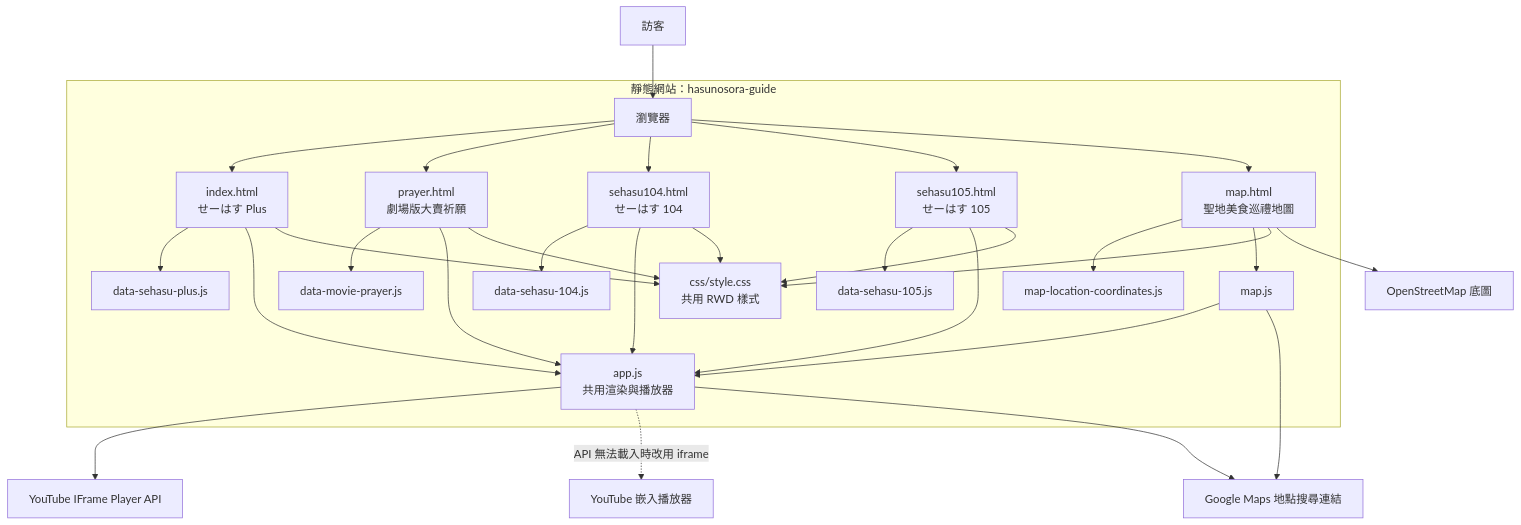
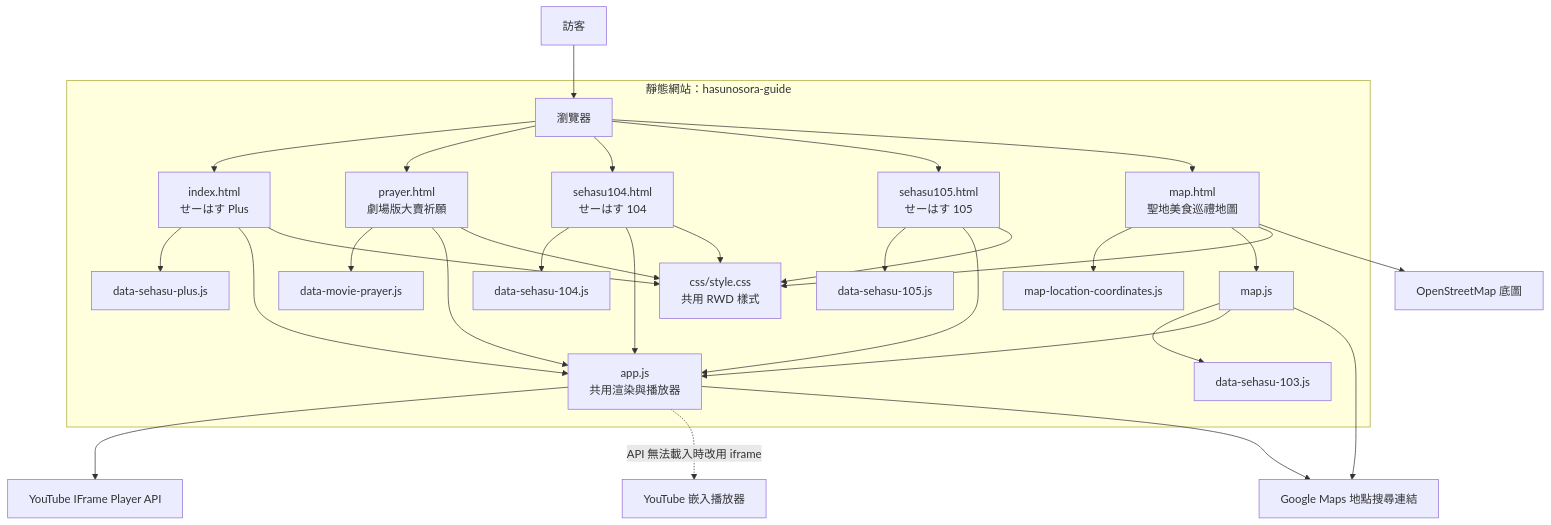
The diagram in hasunosora-guide/README.md (SakakiFu/SakakiFu.github.io), drawn with Mermaid before and after one commit. The commit also changed other lines of this file and 4 other files, not shown here.

Commit message:
地圖功能bug修復

````diff
--- a/hasunosora-guide/README.md
+++ b/hasunosora-guide/README.md
@@ -53,37 +54,38 @@
 ```mermaid
 flowchart TD
     Visitor[訪客] --> Browser[瀏覽器]
 
     subgraph Site[靜態網站：hasunosora-guide]
         Browser --> Plus[index.html<br/>せーはす Plus]
         Browser --> Prayer[prayer.html<br/>劇場版大賣祈願]
         Browser --> Sehasu104[sehasu104.html<br/>せーはす 104]
         Browser --> Sehasu105[sehasu105.html<br/>せーはす 105]
         Browser --> Map[map.html<br/>聖地美食巡禮地圖]
 
         Plus --> PlusData[data-sehasu-plus.js]
         Prayer --> PrayerData[data-movie-prayer.js]
+        MapScript --> Sehasu103Data[data-sehasu-103.js]
         Sehasu104 --> Sehasu104Data[data-sehasu-104.js]
         Sehasu105 --> Sehasu105Data[data-sehasu-105.js]
 
         Plus --> App[app.js<br/>共用渲染與播放器]
         Prayer --> App
         Sehasu104 --> App
         Sehasu105 --> App
         Plus --> Style[css/style.css<br/>共用 RWD 樣式]
         Prayer --> Style
         Sehasu104 --> Style
         Sehasu105 --> Style
 
         Map --> MapData[map-location-coordinates.js]
         Map --> MapScript[map.js]
         MapScript --> App
         Map --> Style
     end
 
     App --> YouTube[YouTube IFrame Player API]
     App -. API 無法載入時改用 iframe .-> Embed[YouTube 嵌入播放器]
     Map --> Tiles[OpenStreetMap 底圖]
     App --> Maps[Google Maps 地點搜尋連結]
     MapScript --> Maps
 ```
````
